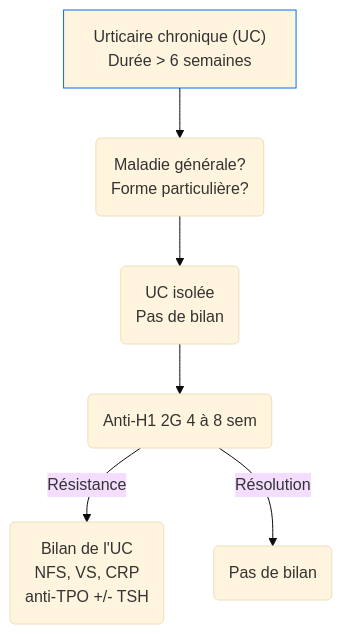
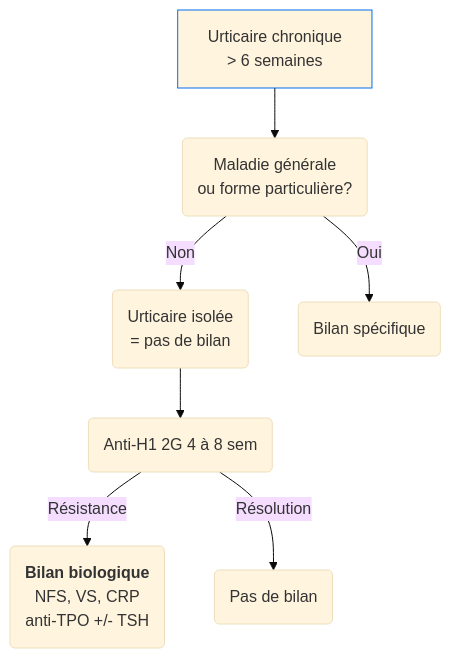
Before and after one commit to djibe/recommandations-medicales: the second of 2 diagrams in content/recommandations/urticaire.md, drawn with Mermaid (base theme). The commit also changed other lines of this file and 7 other files, not shown here.

```diff
--- a/content/recommandations/urticaire.md
+++ b/content/recommandations/urticaire.md
@@ -379,8 +384,9 @@
 {{< mermaid title="Conduite à tenir devant une urticaire chronique. Dr JB FRON d'après ANAES 2003" >}}
 graph TB
-  UC["Urticaire chronique (UC)<br>Durée &gt; 6 semaines"] --> orientation("Maladie générale?<br>Forme particulière?")
+  UC["Urticaire chronique<br>&gt; 6 semaines"] --> orientation("Maladie générale<br> ou forme particulière?")
   style UC stroke:#006ef4, stroke-width:1px
-    orientation --> isolee("UC isolée<br>Pas de bilan") --> ttt1(Anti-H1 2G 4 à 8 sem)
-        ttt1 -- Résistance --> bilan("Bilan de l'UC<br>NFS, VS, CRP<br>anti-TPO +/- TSH")
+    orientation -- Non --> isolee("Urticaire isolée<br>= pas de bilan") --> ttt1(Anti-H1 2G 4 à 8 sem)
+        ttt1 -- Résistance --> bilan("<b>Bilan biologique</b><br>NFS, VS, CRP<br>anti-TPO +/- TSH")
         ttt1 -- Résolution --> fin(Pas de bilan)
+    orientation -- Oui --> maladie(Bilan spécifique)
 {{< /mermaid >}}
```
